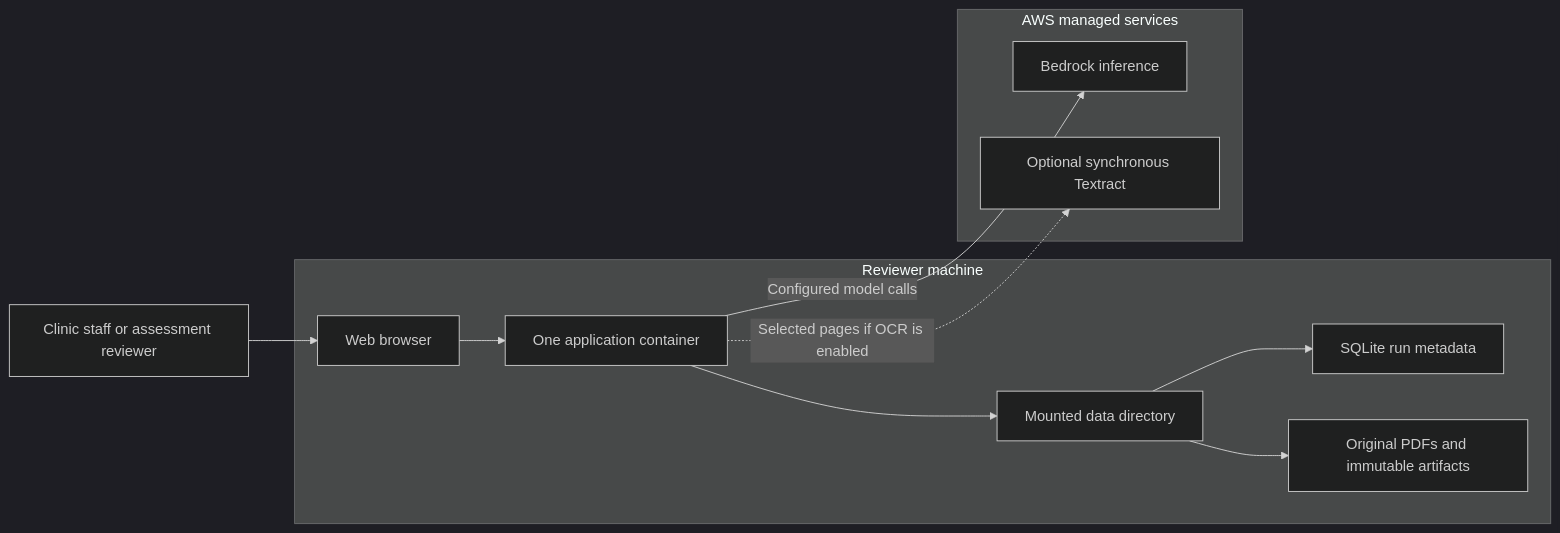
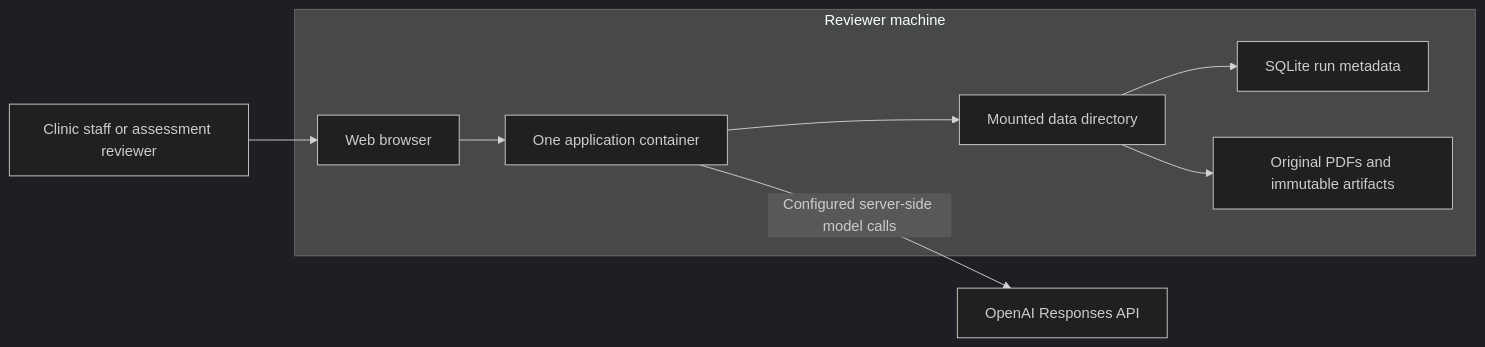
One commit to alexeynesteruk/aira changed the first of 4 diagrams in docs/architecture.md. Above: the diagram before and after it, drawn with Mermaid (dark theme). The commit also changed other lines of this file and 20 other files, not shown here.

````diff
--- a/docs/architecture.md
+++ b/docs/architecture.md
@@ -11,16 +29,12 @@
 ```mermaid
 flowchart LR
     Staff[Clinic staff or assessment reviewer] --> Browser[Web browser]
     subgraph Local[Reviewer machine]
         Browser --> App[One application container]
         App --> Volume[Mounted data directory]
         Volume --> DB[SQLite run metadata]
         Volume --> Files[Original PDFs and immutable artifacts]
     end
-    subgraph AWS[AWS managed services]
-        Bedrock[Bedrock inference]
-        Textract[Optional synchronous Textract]
-    end
-    App -->|Configured model calls| Bedrock
-    App -.->|Selected pages if OCR is enabled| Textract
+    OpenAI[OpenAI Responses API]
+    App -->|Configured server-side model calls| OpenAI
 ```
````
